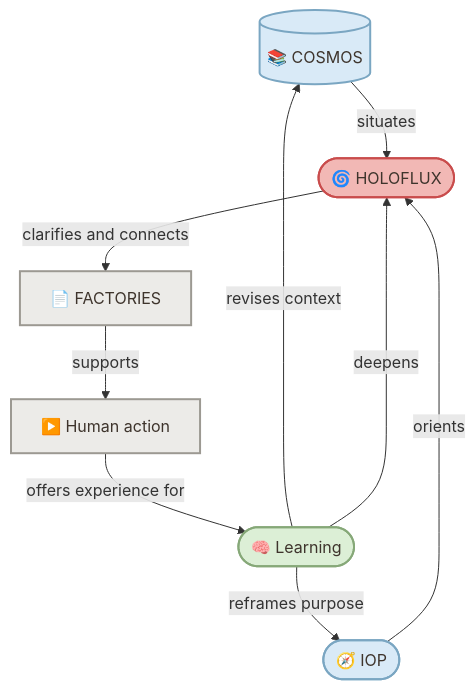
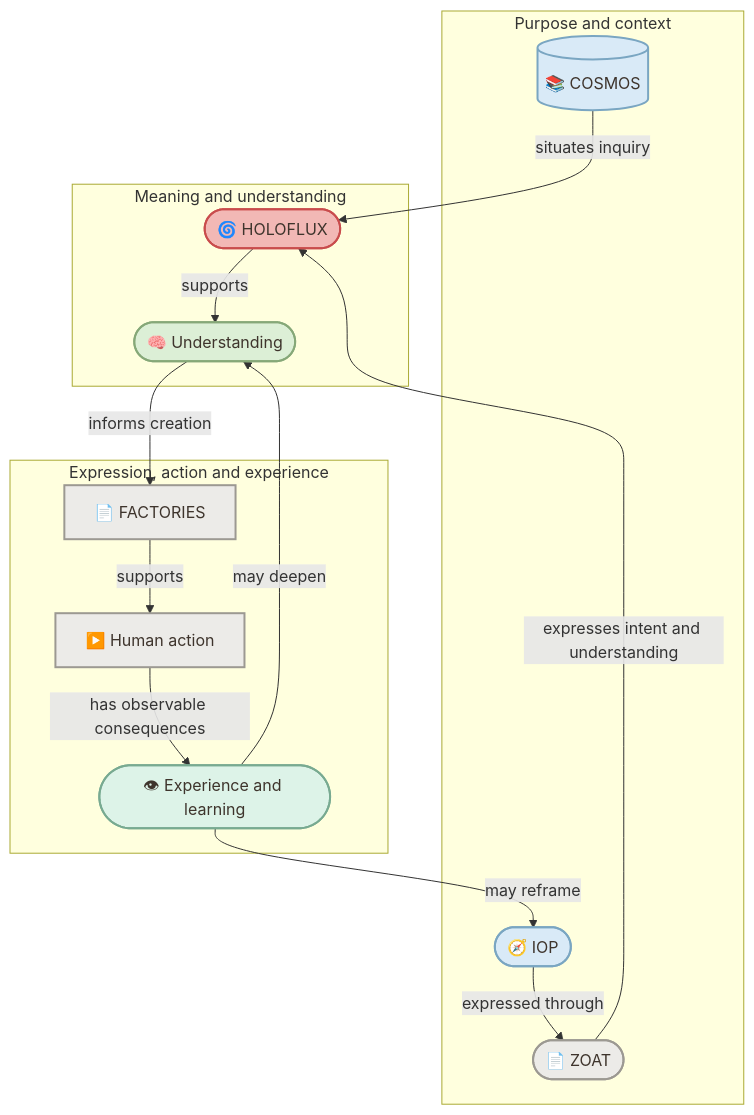
The first of 2 diagrams in README.md (enogrob/project-holoflux), drawn with Mermaid before and after one commit. The commit also changed other lines of this file, not shown here.

Commit message:
docs: present ZOAT as IOP language and refresh public conceptual Mermaid diagrams

````diff
--- a/README.md
+++ b/README.md
@@ -45,30 +47,32 @@
 ```mermaid
 flowchart TD
-    %% COSMOS: Knowledge in context.
-    C[(📚 COSMOS)]:::context
-    %% IOP: Intent and purpose.
-    I([🧭 IOP]):::context
-    %% HOLOFLUX: Meaning in movement.
-    H([🌀 HOLOFLUX]):::holoflux
-    %% FACTORIES: Ideas into shareable forms.
-    F[📄 FACTORIES]:::projection
-    %% Human action: Real-world impact.
-    A[▶️ Human action]:::projection
-    %% Learning: Renewed understanding.
-    L([🧠 Learning]):::understanding
+    subgraph Orientation["Purpose and context"]
+      C[(📚 COSMOS)]:::context
+      I([🧭 IOP]):::context
+      Z([📄 ZOAT]):::projection
+    end
+    subgraph Meaning["Meaning and understanding"]
+      H([🌀 HOLOFLUX]):::holoflux
+      U([🧠 Understanding]):::understanding
+    end
+    subgraph Realization["Expression, action and experience"]
+      F[📄 FACTORIES]:::projection
+      A[▶️ Human action]:::projection
+      L([👁 Experience and learning]):::observation
+    end
+    I -->|expressed through| Z
+    C -->|situates inquiry| H
+    Z -->|expresses intent and understanding| H
+    H -->|supports| U
+    U -->|informs creation| F
+    F -->|supports| A
+    A -->|has observable consequences| L
+    L -->|may deepen| U
+    L -->|may reframe| I
 
-	C -->|situates| H
-	I -->|orients| H
-	H -->|clarifies and connects| F
-	F -->|supports| A
-	A -->|offers experience for| L
-	L -->|revises context| C
-	L -->|reframes purpose| I
-	L -->|deepens| H
-
-	classDef context fill:#D9EAF7,stroke:#7AA6C2,color:#3E342C,stroke-width:2px;
-	classDef understanding fill:#DCEFD6,stroke:#86A878,color:#3E342C,stroke-width:2px;
+    classDef context fill:#D9EAF7,stroke:#7AA6C2,color:#3E342C,stroke-width:2px;
+    classDef understanding fill:#DCEFD6,stroke:#86A878,color:#3E342C,stroke-width:2px;
     classDef holoflux fill:#F2B8B5,stroke:#C94C4C,color:#3E342C,stroke-width:2px;
-	classDef projection fill:#ECEBE8,stroke:#9C9992,color:#3E342C,stroke-width:2px;
-	classDef observation fill:#DDF3E8,stroke:#78AA91,color:#3E342C,stroke-width:2px;
+    classDef projection fill:#ECEBE8,stroke:#9C9992,color:#3E342C,stroke-width:2px;
+    classDef observation fill:#DDF3E8,stroke:#78AA91,color:#3E342C,stroke-width:2px;
 ```
````
